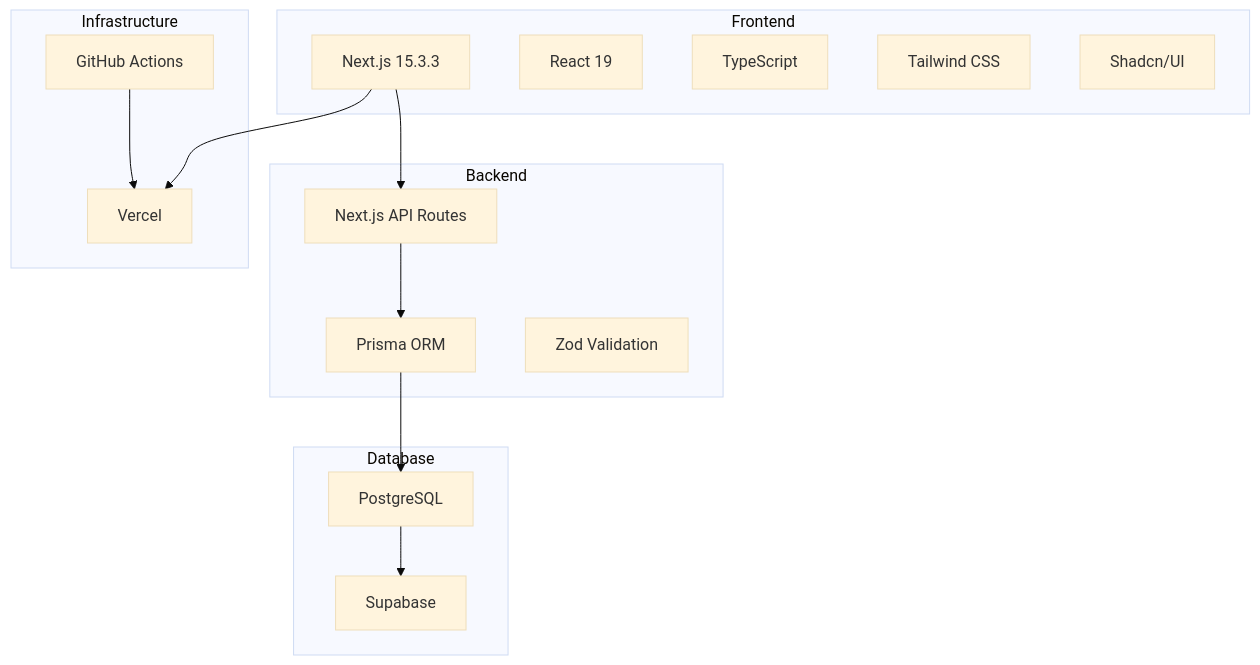
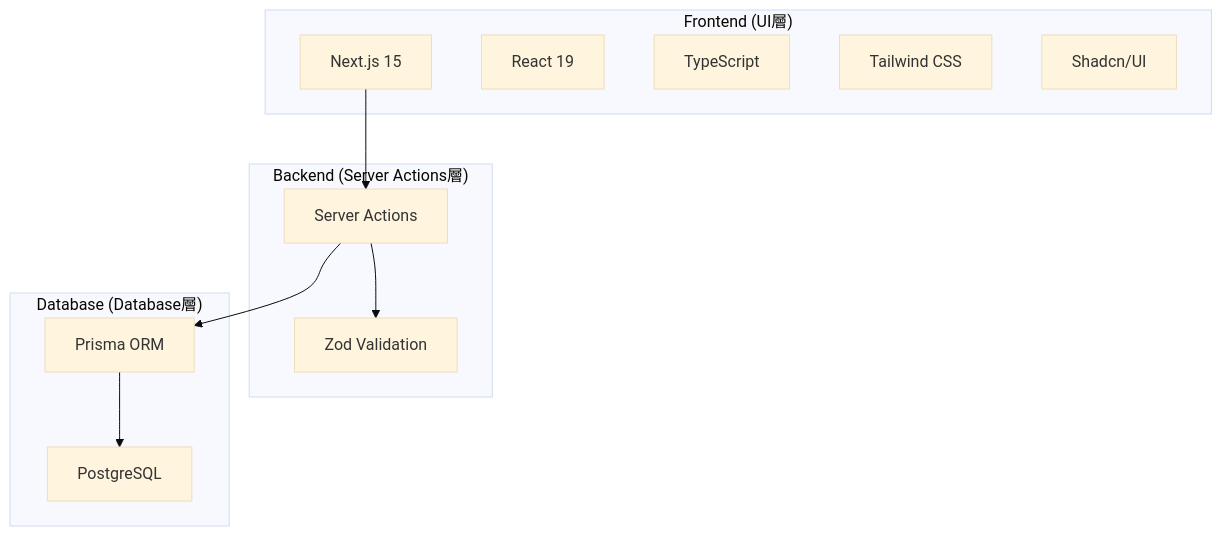
The diagram in .taskmaster/docs/README.md (sudat/biz-clone), drawn with Mermaid (base theme) before and after one commit. The commit also changed other lines of this file and 19 other files, not shown here.

````diff
--- a/.taskmaster/docs/README.md
+++ b/.taskmaster/docs/README.md
@@ -78,34 +78,25 @@
 ```mermaid
 graph TB
-    subgraph "Frontend"
-        NEXT[Next.js 15.3.3]
+    subgraph "Frontend (UI層)"
+        NEXT[Next.js 15]
         REACT[React 19]
         TS[TypeScript]
         TAILWIND[Tailwind CSS]
         SHADCN[Shadcn/UI]
     end
 
-    subgraph "Backend"
-        NEXTAPI[Next.js API Routes]
-        PRISMA[Prisma ORM]
+    subgraph "Backend (Server Actions層)"
+        ACTIONS[Server Actions]
         ZOD[Zod Validation]
     end
 
-    subgraph "Database"
+    subgraph "Database (Database層)"
+        PRISMA[Prisma ORM]
         POSTGRES[PostgreSQL]
-        SUPABASE[Supabase]
     end
 
-    subgraph "Infrastructure"
-        VERCEL[Vercel]
-        GITHUB[GitHub Actions]
-    end
-
-    NEXT --> NEXTAPI
-    NEXTAPI --> PRISMA
+    NEXT --> ACTIONS
+    ACTIONS --> ZOD
+    ACTIONS --> PRISMA
     PRISMA --> POSTGRES
-    POSTGRES --> SUPABASE
-
-    NEXT --> VERCEL
-    GITHUB --> VERCEL
 ```
````
